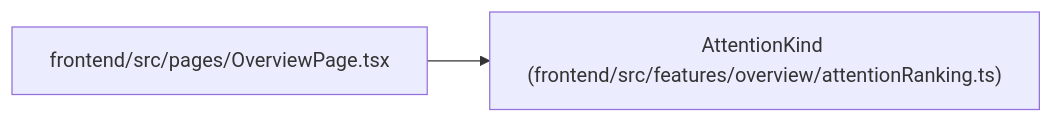
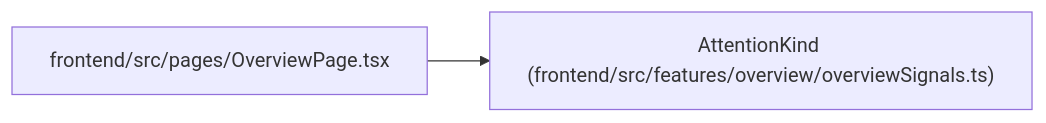
The diagram in docs/llm_wiki/entities/AttentionKind.md (Denissvgn/WorkChord), drawn with Mermaid before and after one commit. The commit also changed other lines of this file and 2373 other files, not shown here.

````diff
--- a/docs/llm_wiki/entities/AttentionKind.md
+++ b/docs/llm_wiki/entities/AttentionKind.md
@@ -33,8 +28,8 @@
 ```mermaid
 flowchart LR
-    n0["AttentionKind (frontend/src/features/overview/attentionRanking.ts)"]
+    n0["AttentionKind (frontend/src/features/overview/overviewSignals.ts)"]
     n1["frontend/src/pages/OverviewPage.tsx"]
     n1 --> n0
-    click n0 "../modules/attentionRanking.md"
+    click n0 "../modules/overviewSignals.md"
     click n1 "../modules/OverviewPage.md"
 ```
````
